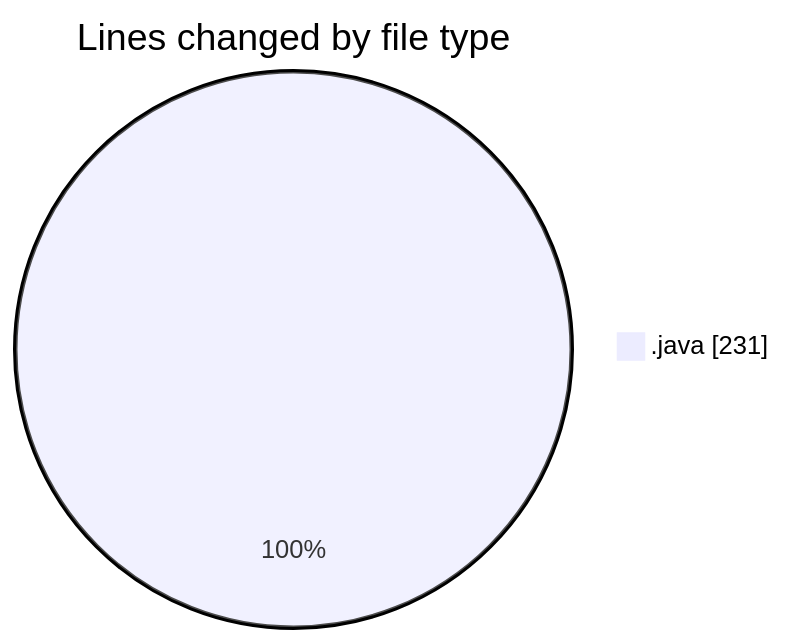
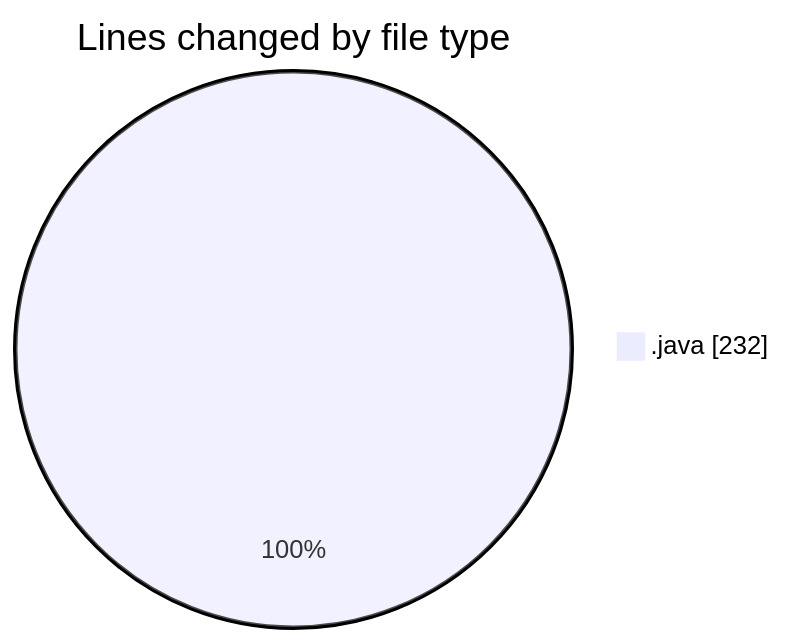
One commit to Elitesun/code-tracking changed the first of 2 diagrams in 2025-02-21/projet/README.md. Above: the diagram before and after it, drawn with Mermaid. The commit also changed other lines of this file and 1 other file, not shown here.

````diff
--- a/2025-02-21/projet/README.md
+++ b/2025-02-21/projet/README.md
@@ -21,5 +21,5 @@
 ```mermaid
 pie showData
 title Lines changed by file type
-".java" : 231
+".java" : 232
 ```
````
